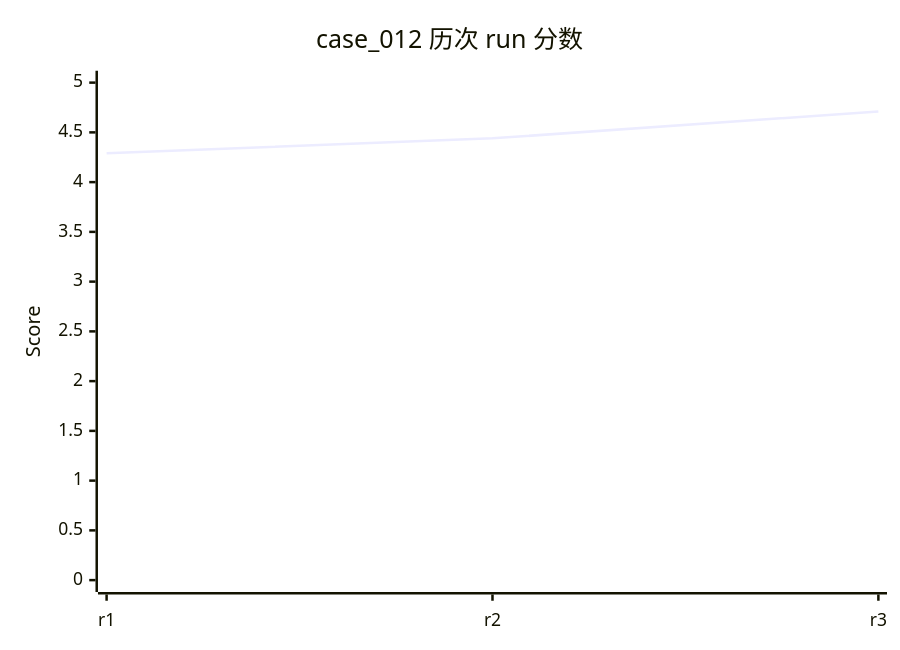
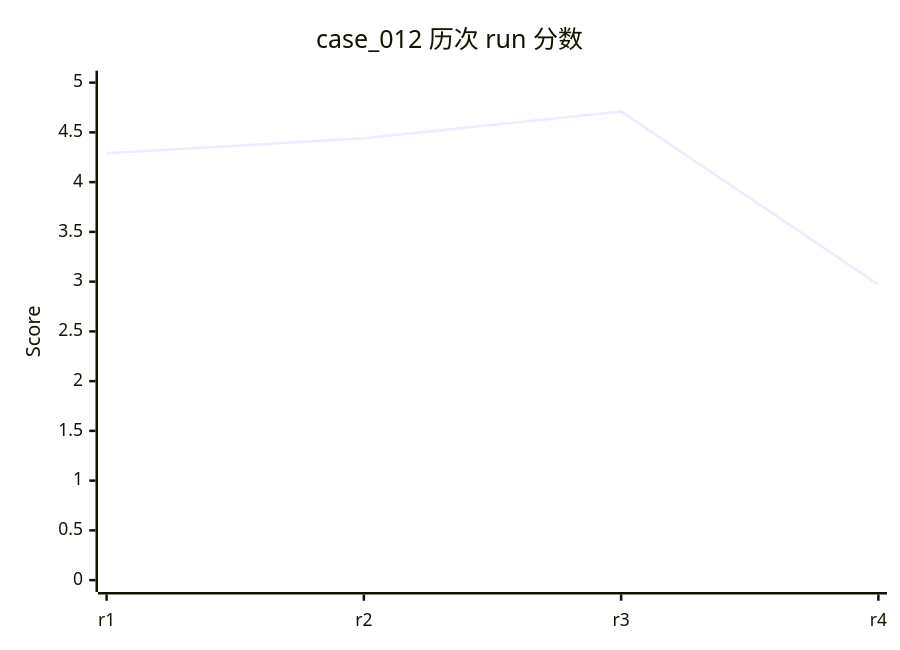
Before and after one commit to rushengzhou/sid-code: diagram 17 of 58 in evals/DASHBOARD.md, drawn with Mermaid. The commit also changed other lines of this file and 34 other files, not shown here.

````diff
--- a/evals/DASHBOARD.md
+++ b/evals/DASHBOARD.md
@@ -392,7 +397,7 @@
 ```mermaid
 xychart-beta
     title "case_012 历次 run 分数"
-    x-axis [r1, r2, r3]
+    x-axis [r1, r2, r3, r4]
     y-axis "Score" 0 --> 5
-    line [4.29, 4.44, 4.71]
+    line [4.29, 4.44, 4.71, 2.97]
 ```
````
